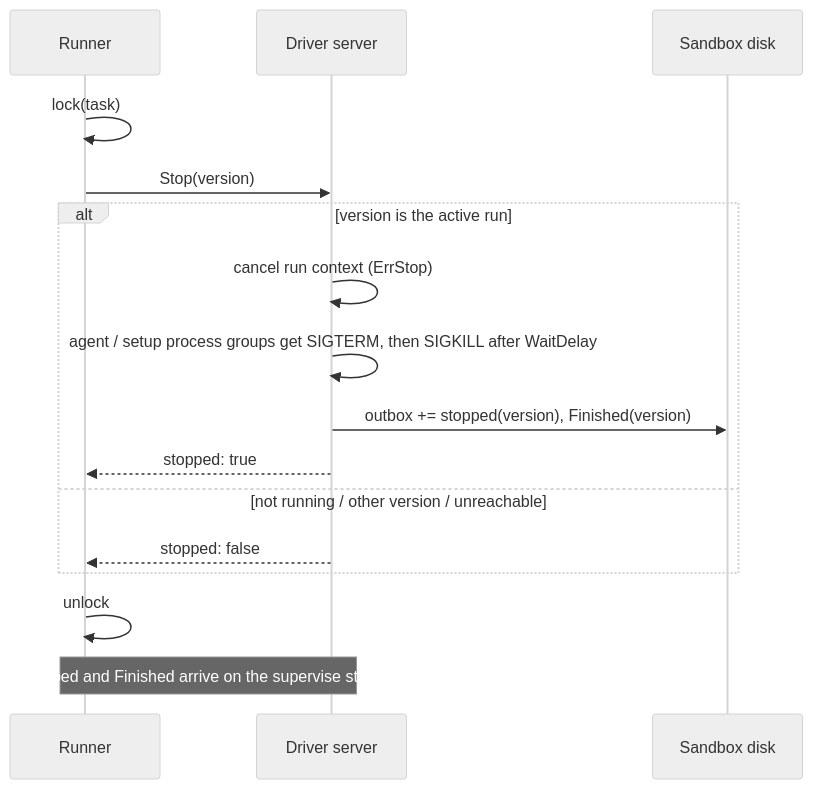
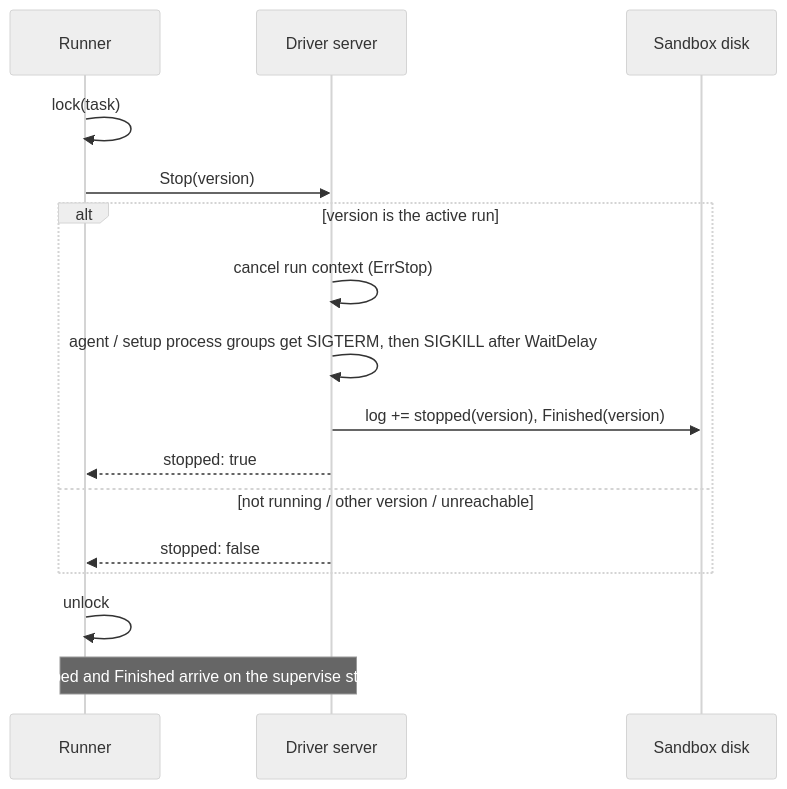
One commit to gritzapp/gritz changed the fifth of 6 diagrams in proposals/draft/driver-server.md. Above: the diagram before and after it, drawn with Mermaid (neutral theme). The commit also changed other lines of this file and 2 other files, not shown here.

First line of the commit message:
docs: replace the driver outbox with a response log read from a runner offset

````diff
--- a/proposals/draft/driver-server.md
+++ b/proposals/draft/driver-server.md
@@ -628,19 +646,19 @@
 ```mermaid
 sequenceDiagram
     participant R as Runner
     participant D as Driver server
     participant F as Sandbox disk
 
     R->>R: lock(task)
     R->>D: Stop(version)
     alt version is the active run
         D->>D: cancel run context (ErrStop)
         D->>D: agent / setup process groups get SIGTERM, then SIGKILL after WaitDelay
-        D->>F: outbox += stopped(version), Finished(version)
+        D->>F: log += stopped(version), Finished(version)
         D-->>R: stopped: true
     else not running / other version / unreachable
         D-->>R: stopped: false
     end
     R->>R: unlock
     Note over R,D: stopped and Finished arrive on the supervise stream
 ```
````
